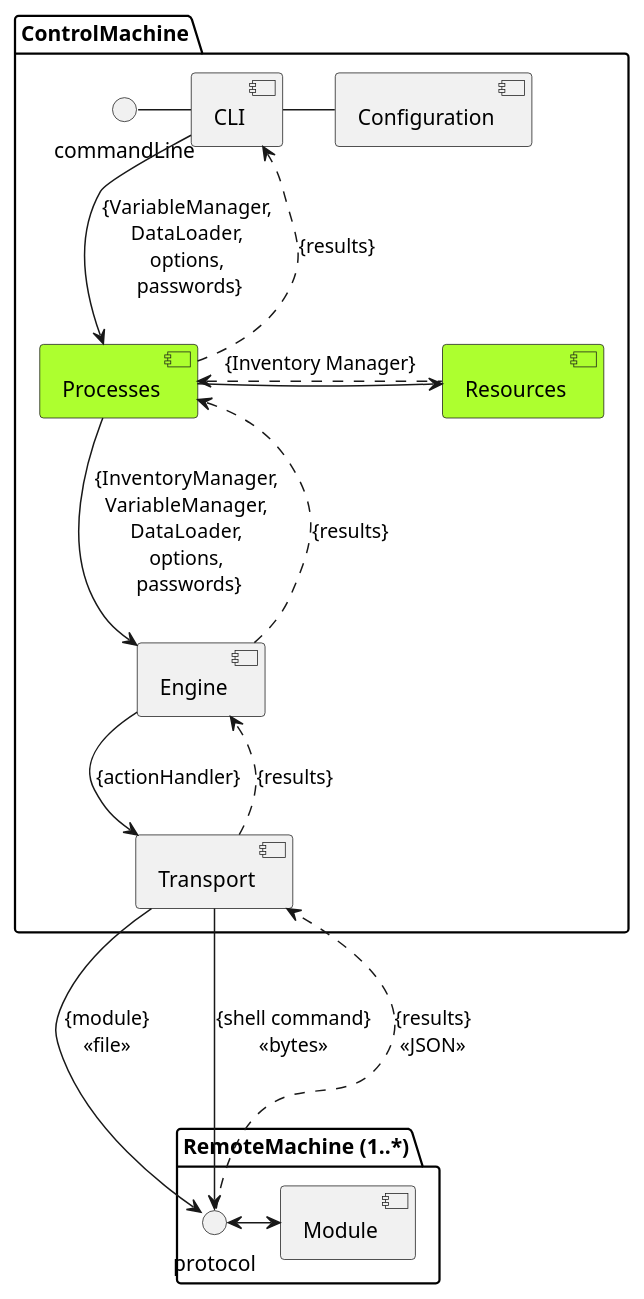
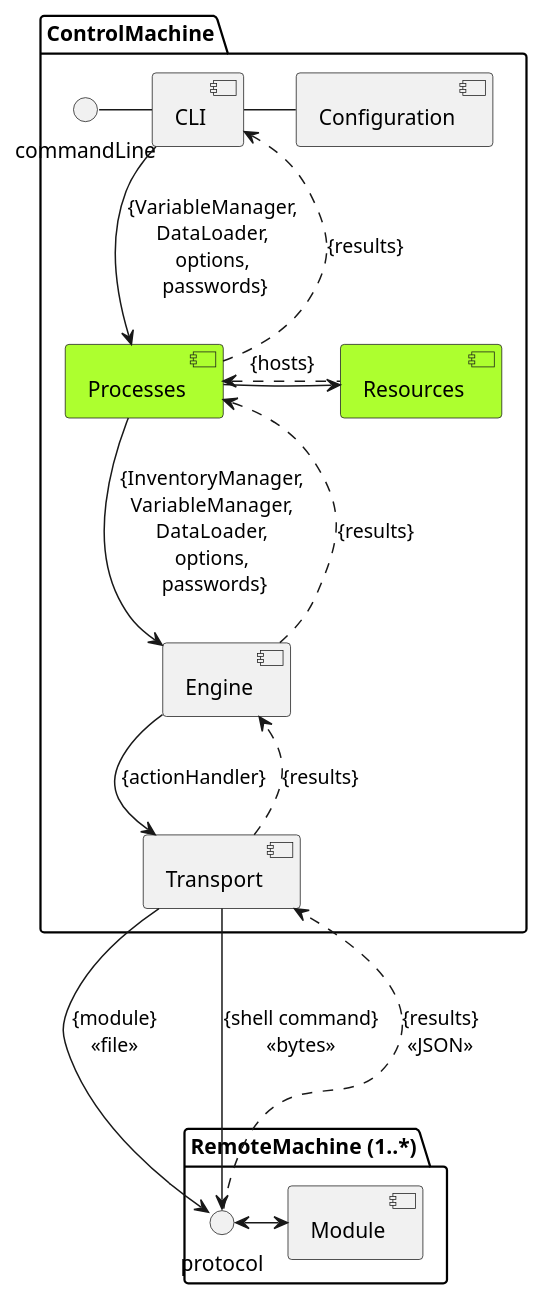
Before and after one commit to ezequiels/nazz: the diagram in project/uml/ansible_Revised.puml, drawn with PlantUML. The commit also changed 3 other files, not shown here.

Commit message:
More revised diagrams

```diff
--- a/project/uml/ansible_Revised.puml
+++ b/project/uml/ansible_Revised.puml
@@ -1,38 +1,38 @@
 @startuml
 'skinparam backgroundcolor transparent
 
 skinparam package {
     backgroundcolor transparent
 }
 
 
 package "ControlMachine" {
 
     commandLine - [CLI]
     [CLI] --> [Processes] : {VariableManager, \nDataLoader, \noptions, \npasswords}
     [Processes] ..> CLI : {results}
     [Processes] -> [Resources]
-    [Processes] <. [Resources] : {Inventory Manager}
+    [Processes] <. [Resources] : {hosts}
 
     [Processes] --> [Engine] : {InventoryManager, \nVariableManager, \nDataLoader, \noptions, \npasswords}
     [Engine] ..> Processes : {results}
 
     [Transport] .> [Engine] : {results}
     [Engine] --> [Transport] : {actionHandler}
 
     [CLI] - [Configuration]
 }
 
  component [Resources] #GreenYellow
  component [Processes] #GreenYellow
 
 package "RemoteMachine (1..*)" {
 
     protocol <-> [Module]
 
     [Transport] ---> protocol : {module}\n<<file>>
     [Transport] ---> protocol : {shell command}\n<<bytes>>
     protocol ...> [Transport] : {results}\n<<JSON>>
 }
 
 @enduml
```
